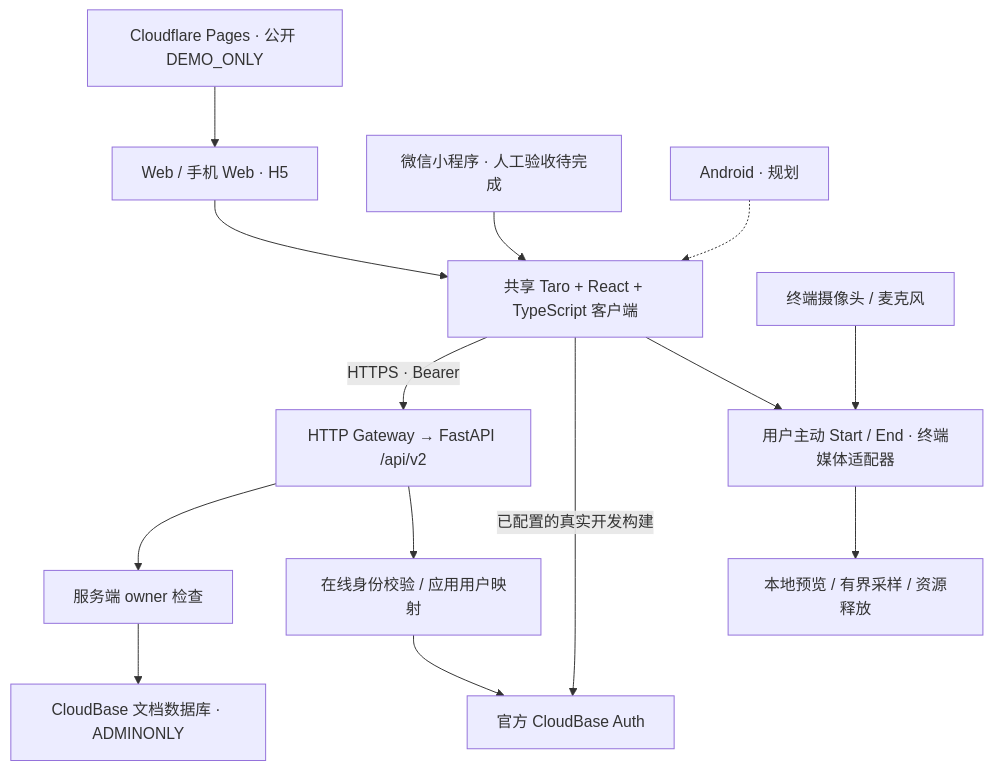
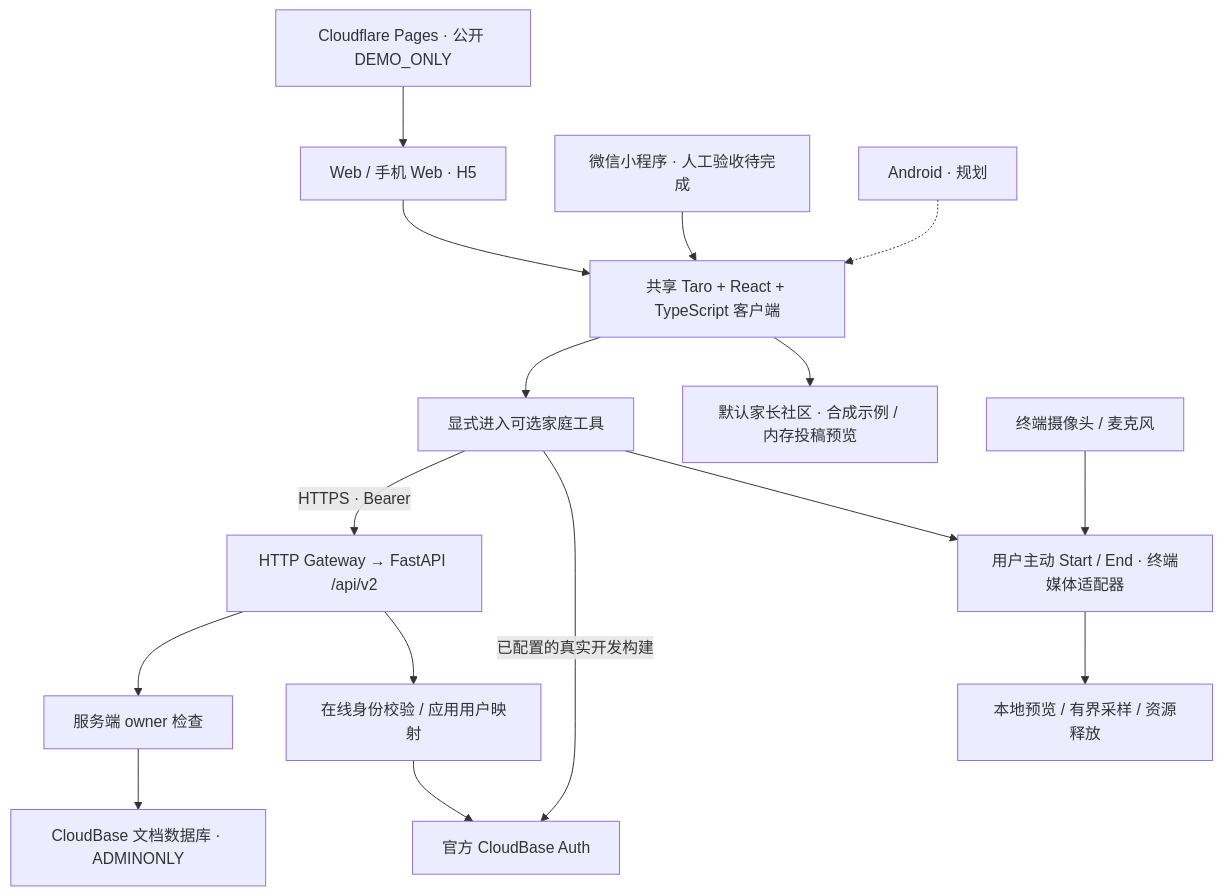
The first of 2 diagrams in readme.md (C1801SYQ/SoulCompanion-AI), drawn with Mermaid before and after one commit. The commit also changed other lines of this file and 40 other files, not shown here.

````diff
--- a/readme.md
+++ b/readme.md
@@ -25,16 +29,18 @@
 ```mermaid
 flowchart TB
   Pages["Cloudflare Pages · 公开 DEMO_ONLY"] --> H5["Web / 手机 Web · H5"]
   H5 --> Client["共享 Taro + React + TypeScript 客户端"]
   WeChat["微信小程序 · 人工验收待完成"] --> Client
   Android["Android · 规划"] -.-> Client
-  Client --> Local["用户主动 Start / End · 终端媒体适配器"]
+  Client --> Community["默认家长社区 · 合成示例 / 内存投稿预览"]
+  Client --> Tools["显式进入可选家庭工具"]
+  Tools --> Local["用户主动 Start / End · 终端媒体适配器"]
   Devices["终端摄像头 / 麦克风"] --> Local
   Local --> Preview["本地预览 / 有界采样 / 资源释放"]
-  Client -->|"已配置的真实开发构建"| Auth["官方 CloudBase Auth"]
-  Client -->|"HTTPS · Bearer"| API["HTTP Gateway → FastAPI /api/v2"]
+  Tools -->|"已配置的真实开发构建"| Auth["官方 CloudBase Auth"]
+  Tools -->|"HTTPS · Bearer"| API["HTTP Gateway → FastAPI /api/v2"]
   API --> Verify["在线身份校验 / 应用用户映射"]
   Verify --> Auth
   API --> Ownership["服务端 owner 检查"]
   Ownership --> DB["CloudBase 文档数据库 · ADMINONLY"]
 ```
````
